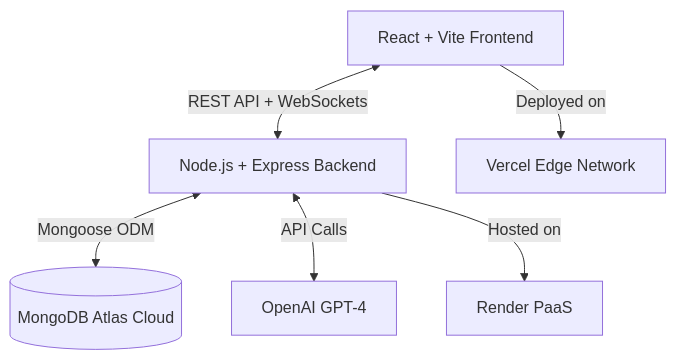
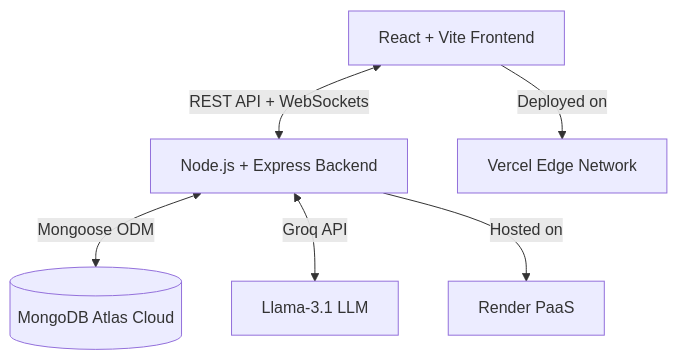
Before and after one commit to Omcodesk/TaskFlowAI: the diagram in README.md, drawn with Mermaid. The commit also changed other lines of this file, not shown here.

Commit message:
docs: huge README overhaul for recruiters with screenshots and architecture

````diff
--- a/README.md
+++ b/README.md
@@ -82,8 +118,8 @@
 ```mermaid
 graph TD
     Client[React + Vite Frontend] <-->|REST API + WebSockets| Server[Node.js + Express Backend]
     Server <-->|Mongoose ODM| DB[(MongoDB Atlas Cloud)]
-    Server <-->|API Calls| OpenAI[OpenAI GPT-4]
+    Server <-->|Groq API| AI[Llama-3.1 LLM]
     Client -->|Deployed on| Vercel[Vercel Edge Network]
     Server -->|Hosted on| Render[Render PaaS]
 ```
````
